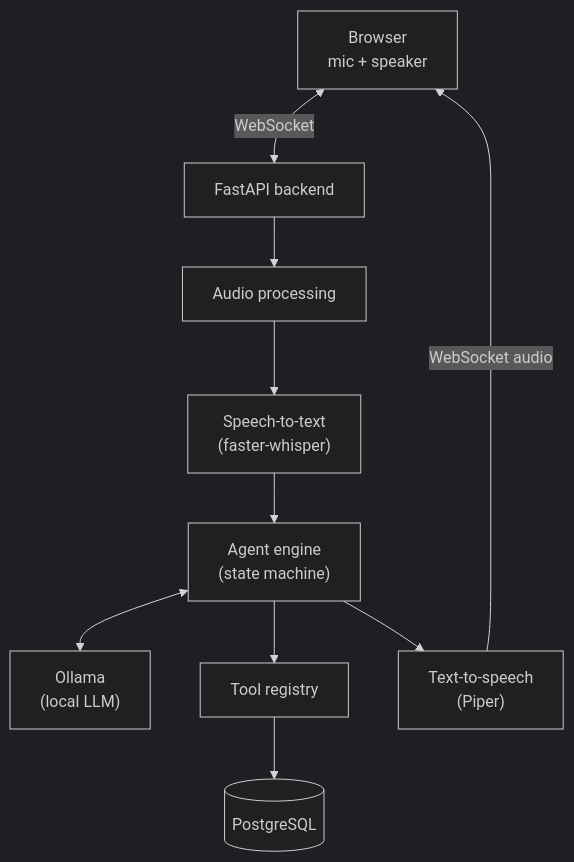
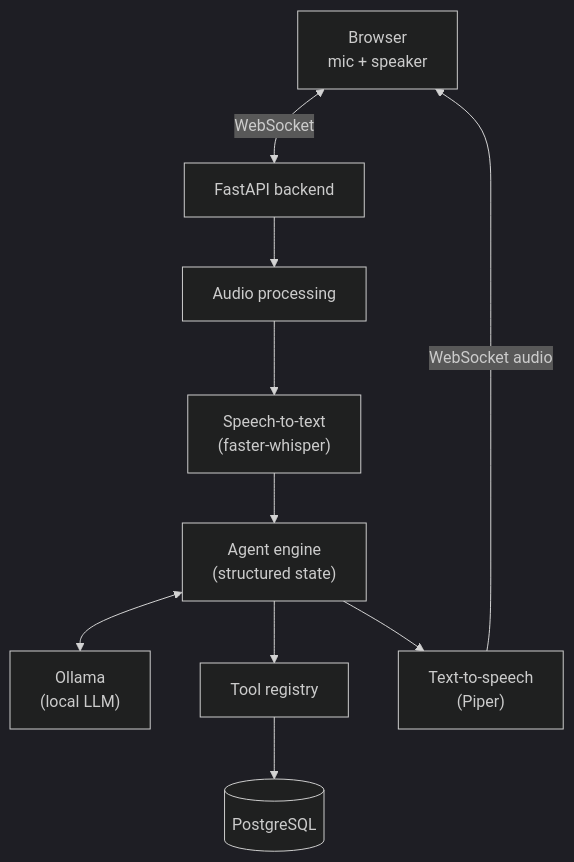
Before and after one commit to bythebug/frontdesk-voice-ai: the diagram in README.md, drawn with Mermaid (dark theme). The commit also changed other lines of this file and 8 other files, not shown here.

````diff
--- a/README.md
+++ b/README.md
@@ -16,12 +19,12 @@
 ```mermaid
 flowchart TD
     Browser["Browser<br/>mic + speaker"] <-->|WebSocket| API[FastAPI backend]
     API --> Audio[Audio processing]
     Audio --> STT["Speech-to-text<br/>(faster-whisper)"]
-    STT --> Agent["Agent engine<br/>(state machine)"]
+    STT --> Agent["Agent engine<br/>(structured state)"]
     Agent <--> LLM["Ollama<br/>(local LLM)"]
     Agent --> Tools[Tool registry]
     Tools --> DB[(PostgreSQL)]
     Agent --> TTS["Text-to-speech<br/>(Piper)"]
     TTS -->|WebSocket audio| Browser
 ```
````
